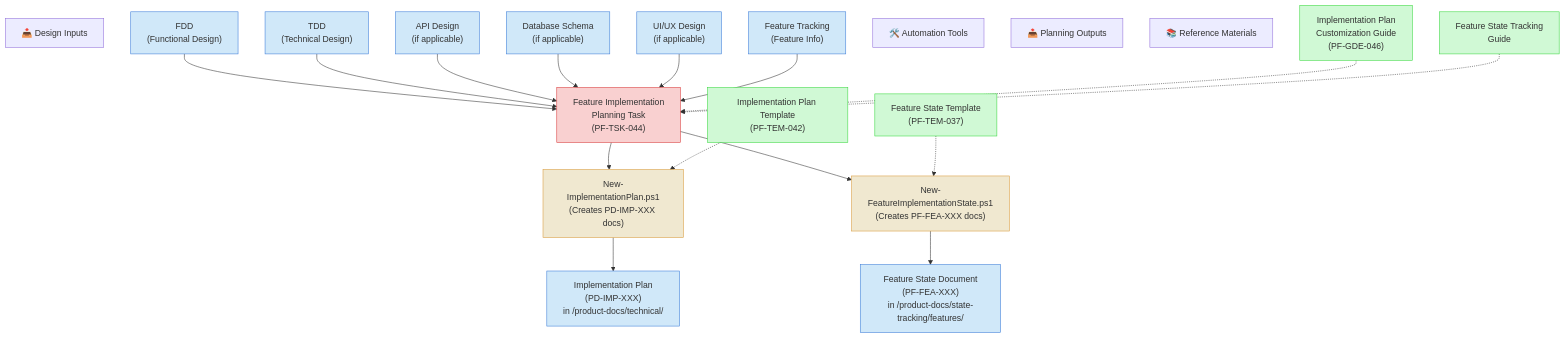
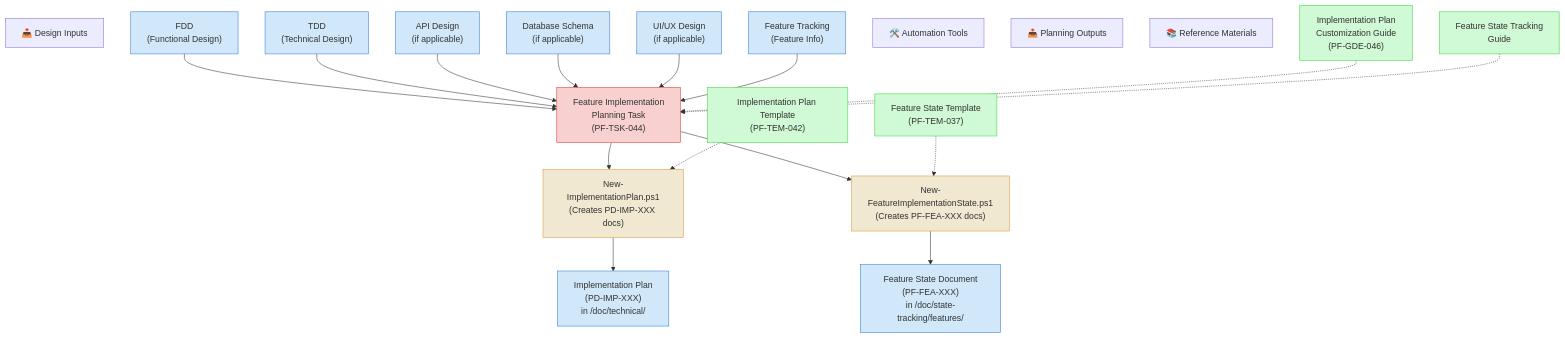
Before and after one commit to Abtomation/LinkWatcher: the diagram in process-framework/visualization/context-maps/04-implementation/feature-implementation-planning-map.md, drawn with Mermaid. The commit also changed other lines of this file and 1165 other files, not shown here.

````diff
--- a/process-framework/visualization/context-maps/04-implementation/feature-implementation-planning-map.md
+++ b/process-framework/visualization/context-maps/04-implementation/feature-implementation-planning-map.md
@@ -21,56 +21,56 @@
 ```mermaid
 graph TD
     classDef critical fill:#f9d0d0,stroke:#d83a3a
     classDef important fill:#d0e8f9,stroke:#3a7bd8
     classDef reference fill:#d0f9d5,stroke:#3ad83f
     classDef tool fill:#f0e8d0,stroke:#d89a3a
 
     TASK["Feature Implementation<br/>Planning Task<br/>(PF-TSK-044)"]
 
     INPUT["📥 Design Inputs"]
     FDD["FDD<br/>(Functional Design)"]
     TDD["TDD<br/>(Technical Design)"]
     API["API Design<br/>(if applicable)"]
     DBSCHEMA["Database Schema<br/>(if applicable)"]
     UIDESIGN["UI/UX Design<br/>(if applicable)"]
     FEATURES["Feature Tracking<br/>(Feature Info)"]
 
     TOOLS["🛠️ Automation Tools"]
     IMPPLAN["New-ImplementationPlan.ps1<br/>(Creates PD-IMP-XXX docs)"]
     FEATSTATE["New-FeatureImplementationState.ps1<br/>(Creates PF-FEA-XXX docs)"]
 
     OUTPUTS["📤 Planning Outputs"]
-    IMPLPLAN_DOC["Implementation Plan<br/>(PD-IMP-XXX)<br/>in /product-docs/technical/"]
-    FEATSTATE_DOC["Feature State Document<br/>(PF-FEA-XXX)<br/>in /product-docs/state-tracking/features/"]
+    IMPLPLAN_DOC["Implementation Plan<br/>(PD-IMP-XXX)<br/>in /doc/technical/"]
+    FEATSTATE_DOC["Feature State Document<br/>(PF-FEA-XXX)<br/>in /doc/state-tracking/features/"]
 
     REFERENCE["📚 Reference Materials"]
     TEMPLATE_IMPL["Implementation Plan Template<br/>(PF-TEM-042)"]
     TEMPLATE_STATE["Feature State Template<br/>(PF-TEM-037)"]
     GUIDE_CUSTOM["Implementation Plan<br/>Customization Guide<br/>(PF-GDE-046)"]
     GUIDE_STATE["Feature State Tracking<br/>Guide"]
 
     FDD --> TASK
     TDD --> TASK
     API --> TASK
     DBSCHEMA --> TASK
     UIDESIGN --> TASK
     FEATURES --> TASK
 
     TASK --> IMPPLAN
     TASK --> FEATSTATE
 
     IMPPLAN --> IMPLPLAN_DOC
     FEATSTATE --> FEATSTATE_DOC
 
     TEMPLATE_IMPL -.-> IMPPLAN
     TEMPLATE_STATE -.-> FEATSTATE
 
     GUIDE_CUSTOM -.-> TASK
     GUIDE_STATE -.-> TASK
 
     class TASK critical
     class IMPPLAN,FEATSTATE tool
     class IMPLPLAN_DOC,FEATSTATE_DOC important
     class TEMPLATE_IMPL,TEMPLATE_STATE,GUIDE_CUSTOM,GUIDE_STATE reference
     class FDD,TDD,API,DBSCHEMA,UIDESIGN,FEATURES important
 ```
````
